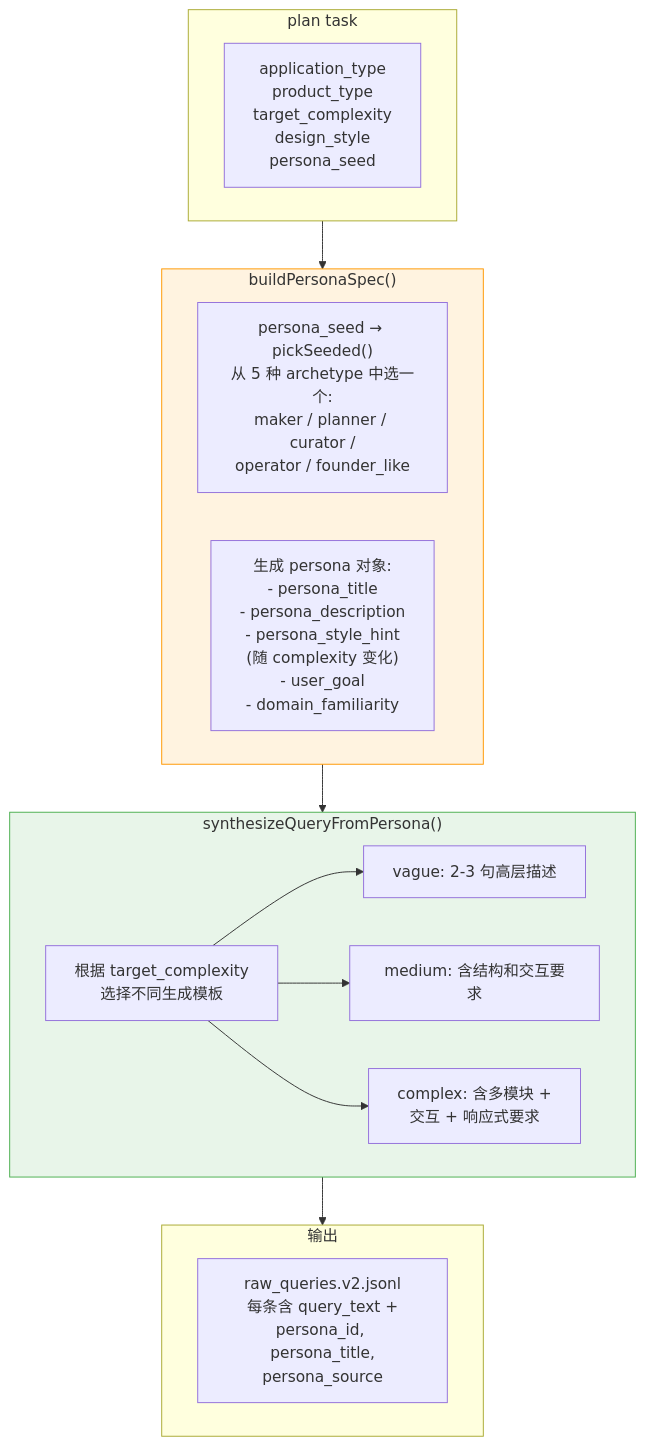
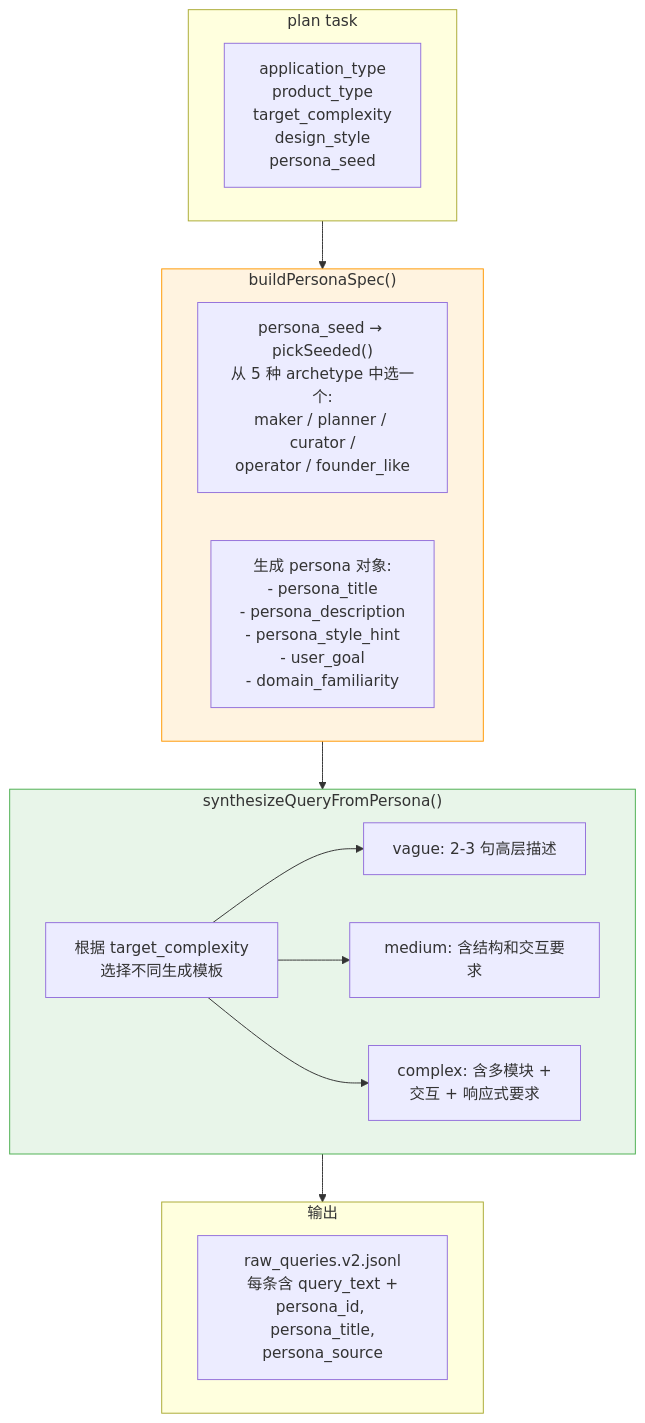
One commit to PlevanTem/queryMaker changed the fourth of 13 diagrams in PAPER_PIPELINE_ARCHITECTURE.md. Above: the diagram before and after it, drawn with Mermaid. The commit also changed other lines of this file and 2 other files, not shown here.

First line of the commit message:
docs: sync architecture docs with constrained-flag and groupIndex changes

````diff
--- a/PAPER_PIPELINE_ARCHITECTURE.md
+++ b/PAPER_PIPELINE_ARCHITECTURE.md
@@ -132,28 +132,28 @@
 ```mermaid
 flowchart TD
     subgraph TASK ["plan task"]
         T1["application_type\nproduct_type\ntarget_complexity\ndesign_style\npersona_seed"]
     end
 
     subgraph PERSONA ["buildPersonaSpec()"]
         PA1["persona_seed → pickSeeded()\n从 5 种 archetype 中选一个:\nmaker / planner / curator /\noperator / founder_like"]
-        PA2["生成 persona 对象:\n- persona_title\n- persona_description\n- persona_style_hint\n  (随 complexity 变化)\n- user_goal\n- domain_familiarity"]
+        PA2["生成 persona 对象:\n- persona_title\n- persona_description\n- persona_style_hint\n- user_goal\n- domain_familiarity"]
     end
 
     subgraph QUERY ["synthesizeQueryFromPersona()"]
         QG1["根据 target_complexity\n选择不同生成模板"]
         QG2["vague: 2-3 句高层描述"]
         QG3["medium: 含结构和交互要求"]
         QG4["complex: 含多模块 +\n交互 + 响应式要求"]
         QG1 --> QG2 & QG3 & QG4
     end
 
     subgraph OUT ["输出"]
         O["raw_queries.v2.jsonl\n每条含 query_text +\npersona_id, persona_title,\npersona_source"]
     end
 
     TASK --> PERSONA --> QUERY --> OUT
 
     style PERSONA fill:#fff3e0,stroke:#FF9800
     style QUERY fill:#e8f5e9,stroke:#4CAF50
 ```
````
